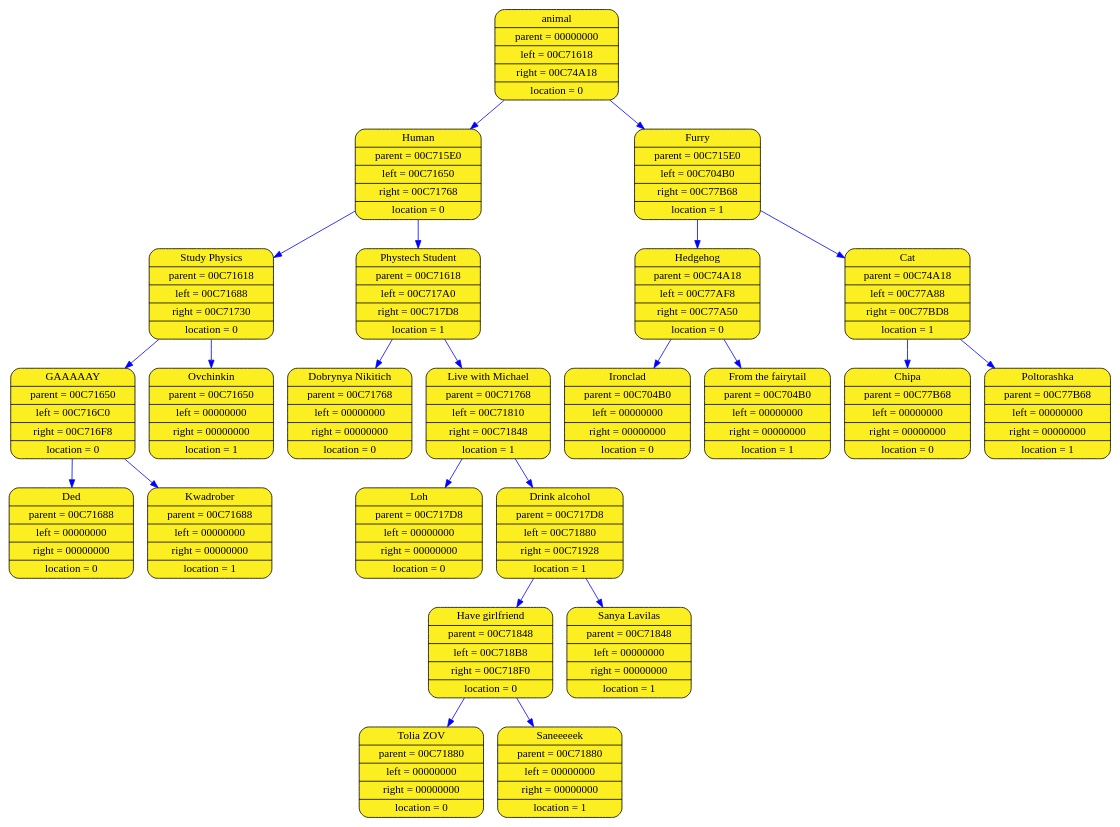
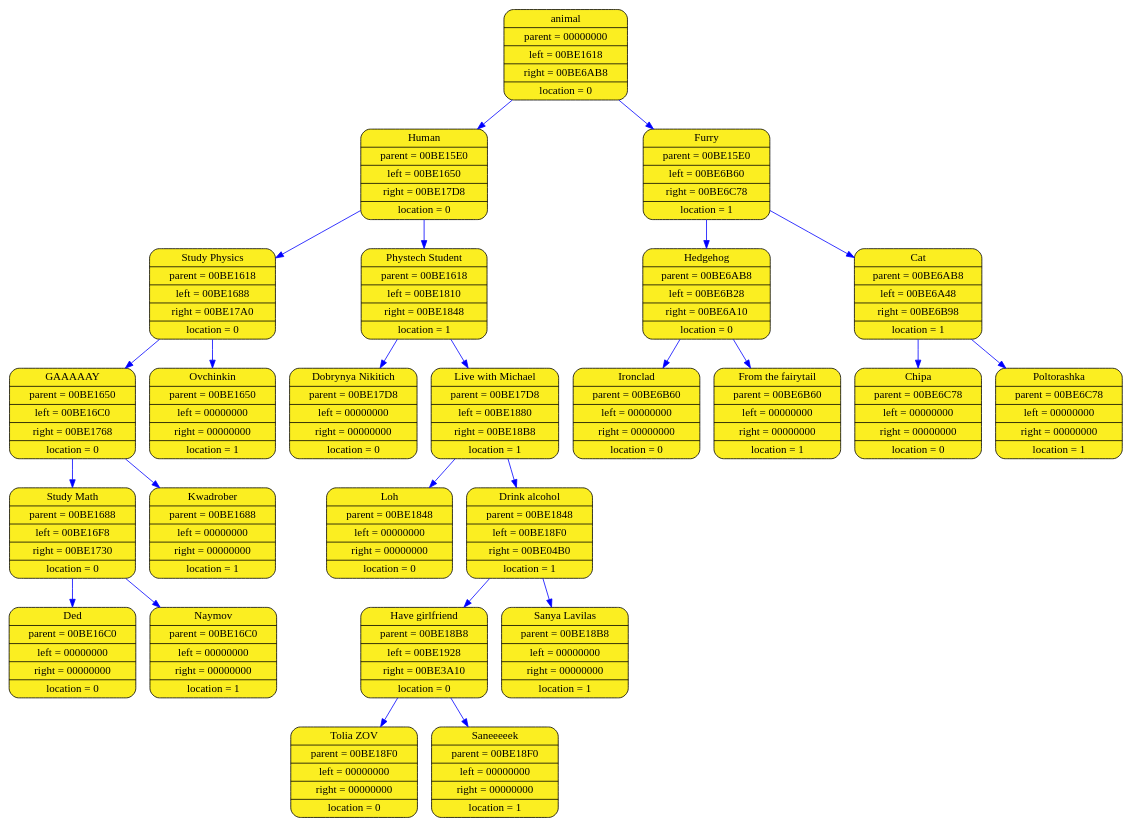
One commit to aywert/ACINATOR changed the diagram in log_folder_acinator/acinator_graph.dot. Above: the diagram before and after it, drawn with Graphviz. The commit also changed 3 other files, not shown here.

```diff
--- a/log_folder_acinator/acinator_graph.dot
+++ b/log_folder_acinator/acinator_graph.dot
@@ -1,49 +1,53 @@
 digraph list
 {
 rankdir=HR;
-	13047268 [shape = Mrecord; style = filled; fillcolor="#FBEE21"; color = "#000000"; fontcolor = "#000000"; label = "{ animal| parent = 00000000| left = 00C71618| right = 00C74A18| location = 0}"];
-	13047324 [shape = Mrecord; style = filled; fillcolor="#FBEE21"; color = "#000000"; fontcolor = "#000000"; label = "{ Human| parent = 00C715E0| left = 00C71650| right = 00C71768| location = 0}"];
-	13047268 -> 13047324 [color="blue"]
-	13047380 [shape = Mrecord; style = filled; fillcolor="#FBEE21"; color = "#000000"; fontcolor = "#000000"; label = "{ Study Physics| parent = 00C71618| left = 00C71688| right = 00C71730| location = 0}"];
-	13047324 -> 13047380 [color="blue"]
-	13047436 [shape = Mrecord; style = filled; fillcolor="#FBEE21"; color = "#000000"; fontcolor = "#000000"; label = "{ GAAAAAY| parent = 00C71650| left = 00C716C0| right = 00C716F8| location = 0}"];
-	13047380 -> 13047436 [color="blue"]
-	13047492 [shape = Mrecord; style = filled; fillcolor="#FBEE21"; color = "#000000"; fontcolor = "#000000"; label = "{ Ded| parent = 00C71688| left = 00000000| right = 00000000| location = 0}"];
-	13047436 -> 13047492 [color="blue"]
-	13047548 [shape = Mrecord; style = filled; fillcolor="#FBEE21"; color = "#000000"; fontcolor = "#000000"; label = "{ Kwadrober| parent = 00C71688| left = 00000000| right = 00000000| location = 1}"];
-	13047436 -> 13047548 [color="blue"]
-	13047604 [shape = Mrecord; style = filled; fillcolor="#FBEE21"; color = "#000000"; fontcolor = "#000000"; label = "{ Ovchinkin| parent = 00C71650| left = 00000000| right = 00000000| location = 1}"];
-	13047380 -> 13047604 [color="blue"]
-	13047660 [shape = Mrecord; style = filled; fillcolor="#FBEE21"; color = "#000000"; fontcolor = "#000000"; label = "{ Phystech Student| parent = 00C71618| left = 00C717A0| right = 00C717D8| location = 1}"];
-	13047324 -> 13047660 [color="blue"]
-	13047716 [shape = Mrecord; style = filled; fillcolor="#FBEE21"; color = "#000000"; fontcolor = "#000000"; label = "{ Dobrynya Nikitich| parent = 00C71768| left = 00000000| right = 00000000| location = 0}"];
-	13047660 -> 13047716 [color="blue"]
-	13047772 [shape = Mrecord; style = filled; fillcolor="#FBEE21"; color = "#000000"; fontcolor = "#000000"; label = "{ Live with Michael| parent = 00C71768| left = 00C71810| right = 00C71848| location = 1}"];
-	13047660 -> 13047772 [color="blue"]
-	13047828 [shape = Mrecord; style = filled; fillcolor="#FBEE21"; color = "#000000"; fontcolor = "#000000"; label = "{ Loh| parent = 00C717D8| left = 00000000| right = 00000000| location = 0}"];
-	13047772 -> 13047828 [color="blue"]
-	13047884 [shape = Mrecord; style = filled; fillcolor="#FBEE21"; color = "#000000"; fontcolor = "#000000"; label = "{ Drink alcohol| parent = 00C717D8| left = 00C71880| right = 00C71928| location = 1}"];
-	13047772 -> 13047884 [color="blue"]
-	13047940 [shape = Mrecord; style = filled; fillcolor="#FBEE21"; color = "#000000"; fontcolor = "#000000"; label = "{ Have girlfriend| parent = 00C71848| left = 00C718B8| right = 00C718F0| location = 0}"];
-	13047884 -> 13047940 [color="blue"]
-	13047996 [shape = Mrecord; style = filled; fillcolor="#FBEE21"; color = "#000000"; fontcolor = "#000000"; label = "{ Tolia ZOV| parent = 00C71880| left = 00000000| right = 00000000| location = 0}"];
-	13047940 -> 13047996 [color="blue"]
-	13048052 [shape = Mrecord; style = filled; fillcolor="#FBEE21"; color = "#000000"; fontcolor = "#000000"; label = "{ Saneeeeek| parent = 00C71880| left = 00000000| right = 00000000| location = 1}"];
-	13047940 -> 13048052 [color="blue"]
-	13048108 [shape = Mrecord; style = filled; fillcolor="#FBEE21"; color = "#000000"; fontcolor = "#000000"; label = "{ Sanya Lavilas| parent = 00C71848| left = 00000000| right = 00000000| location = 1}"];
-	13047884 -> 13048108 [color="blue"]
-	13060636 [shape = Mrecord; style = filled; fillcolor="#FBEE21"; color = "#000000"; fontcolor = "#000000"; label = "{ Furry| parent = 00C715E0| left = 00C704B0| right = 00C77B68| location = 1}"];
-	13047268 -> 13060636 [color="blue"]
-	13042868 [shape = Mrecord; style = filled; fillcolor="#FBEE21"; color = "#000000"; fontcolor = "#000000"; label = "{ Hedgehog| parent = 00C74A18| left = 00C77AF8| right = 00C77A50| location = 0}"];
-	13060636 -> 13042868 [color="blue"]
-	13073148 [shape = Mrecord; style = filled; fillcolor="#FBEE21"; color = "#000000"; fontcolor = "#000000"; label = "{ Ironclad| parent = 00C704B0| left = 00000000| right = 00000000| location = 0}"];
-	13042868 -> 13073148 [color="blue"]
-	13072980 [shape = Mrecord; style = filled; fillcolor="#FBEE21"; color = "#000000"; fontcolor = "#000000"; label = "{ From the fairytail| parent = 00C704B0| left = 00000000| right = 00000000| location = 1}"];
-	13042868 -> 13072980 [color="blue"]
-	13073260 [shape = Mrecord; style = filled; fillcolor="#FBEE21"; color = "#000000"; fontcolor = "#000000"; label = "{ Cat| parent = 00C74A18| left = 00C77A88| right = 00C77BD8| location = 1}"];
-	13060636 -> 13073260 [color="blue"]
-	13073036 [shape = Mrecord; style = filled; fillcolor="#FBEE21"; color = "#000000"; fontcolor = "#000000"; label = "{ Chipa| parent = 00C77B68| left = 00000000| right = 00000000| location = 0}"];
-	13073260 -> 13073036 [color="blue"]
-	13073372 [shape = Mrecord; style = filled; fillcolor="#FBEE21"; color = "#000000"; fontcolor = "#000000"; label = "{ Poltorashka| parent = 00C77B68| left = 00000000| right = 00000000| location = 1}"];
-	13073260 -> 13073372 [color="blue"]
+	12457444 [shape = Mrecord; style = filled; fillcolor="#FBEE21"; color = "#000000"; fontcolor = "#000000"; label = "{ animal| parent = 00000000| left = 00BE1618| right = 00BE6AB8| location = 0}"];
+	12457500 [shape = Mrecord; style = filled; fillcolor="#FBEE21"; color = "#000000"; fontcolor = "#000000"; label = "{ Human| parent = 00BE15E0| left = 00BE1650| right = 00BE17D8| location = 0}"];
+	12457444 -> 12457500 [color="blue"]
+	12457556 [shape = Mrecord; style = filled; fillcolor="#FBEE21"; color = "#000000"; fontcolor = "#000000"; label = "{ Study Physics| parent = 00BE1618| left = 00BE1688| right = 00BE17A0| location = 0}"];
+	12457500 -> 12457556 [color="blue"]
+	12457612 [shape = Mrecord; style = filled; fillcolor="#FBEE21"; color = "#000000"; fontcolor = "#000000"; label = "{ GAAAAAY| parent = 00BE1650| left = 00BE16C0| right = 00BE1768| location = 0}"];
+	12457556 -> 12457612 [color="blue"]
+	12457668 [shape = Mrecord; style = filled; fillcolor="#FBEE21"; color = "#000000"; fontcolor = "#000000"; label = "{ Study Math| parent = 00BE1688| left = 00BE16F8| right = 00BE1730| location = 0}"];
+	12457612 -> 12457668 [color="blue"]
+	12457724 [shape = Mrecord; style = filled; fillcolor="#FBEE21"; color = "#000000"; fontcolor = "#000000"; label = "{ Ded| parent = 00BE16C0| left = 00000000| right = 00000000| location = 0}"];
+	12457668 -> 12457724 [color="blue"]
+	12457780 [shape = Mrecord; style = filled; fillcolor="#FBEE21"; color = "#000000"; fontcolor = "#000000"; label = "{ Naymov| parent = 00BE16C0| left = 00000000| right = 00000000| location = 1}"];
+	12457668 -> 12457780 [color="blue"]
+	12457836 [shape = Mrecord; style = filled; fillcolor="#FBEE21"; color = "#000000"; fontcolor = "#000000"; label = "{ Kwadrober| parent = 00BE1688| left = 00000000| right = 00000000| location = 1}"];
+	12457612 -> 12457836 [color="blue"]
+	12457892 [shape = Mrecord; style = filled; fillcolor="#FBEE21"; color = "#000000"; fontcolor = "#000000"; label = "{ Ovchinkin| parent = 00BE1650| left = 00000000| right = 00000000| location = 1}"];
+	12457556 -> 12457892 [color="blue"]
+	12457948 [shape = Mrecord; style = filled; fillcolor="#FBEE21"; color = "#000000"; fontcolor = "#000000"; label = "{ Phystech Student| parent = 00BE1618| left = 00BE1810| right = 00BE1848| location = 1}"];
+	12457500 -> 12457948 [color="blue"]
+	12458004 [shape = Mrecord; style = filled; fillcolor="#FBEE21"; color = "#000000"; fontcolor = "#000000"; label = "{ Dobrynya Nikitich| parent = 00BE17D8| left = 00000000| right = 00000000| location = 0}"];
+	12457948 -> 12458004 [color="blue"]
+	12458060 [shape = Mrecord; style = filled; fillcolor="#FBEE21"; color = "#000000"; fontcolor = "#000000"; label = "{ Live with Michael| parent = 00BE17D8| left = 00BE1880| right = 00BE18B8| location = 1}"];
+	12457948 -> 12458060 [color="blue"]
+	12458116 [shape = Mrecord; style = filled; fillcolor="#FBEE21"; color = "#000000"; fontcolor = "#000000"; label = "{ Loh| parent = 00BE1848| left = 00000000| right = 00000000| location = 0}"];
+	12458060 -> 12458116 [color="blue"]
+	12458172 [shape = Mrecord; style = filled; fillcolor="#FBEE21"; color = "#000000"; fontcolor = "#000000"; label = "{ Drink alcohol| parent = 00BE1848| left = 00BE18F0| right = 00BE04B0| location = 1}"];
+	12458060 -> 12458172 [color="blue"]
+	12458228 [shape = Mrecord; style = filled; fillcolor="#FBEE21"; color = "#000000"; fontcolor = "#000000"; label = "{ Have girlfriend| parent = 00BE18B8| left = 00BE1928| right = 00BE3A10| location = 0}"];
+	12458172 -> 12458228 [color="blue"]
+	12458284 [shape = Mrecord; style = filled; fillcolor="#FBEE21"; color = "#000000"; fontcolor = "#000000"; label = "{ Tolia ZOV| parent = 00BE18F0| left = 00000000| right = 00000000| location = 0}"];
+	12458228 -> 12458284 [color="blue"]
+	12466708 [shape = Mrecord; style = filled; fillcolor="#FBEE21"; color = "#000000"; fontcolor = "#000000"; label = "{ Saneeeeek| parent = 00BE18F0| left = 00000000| right = 00000000| location = 1}"];
+	12458228 -> 12466708 [color="blue"]
+	12453044 [shape = Mrecord; style = filled; fillcolor="#FBEE21"; color = "#000000"; fontcolor = "#000000"; label = "{ Sanya Lavilas| parent = 00BE18B8| left = 00000000| right = 00000000| location = 1}"];
+	12458172 -> 12453044 [color="blue"]
+	12479164 [shape = Mrecord; style = filled; fillcolor="#FBEE21"; color = "#000000"; fontcolor = "#000000"; label = "{ Furry| parent = 00BE15E0| left = 00BE6B60| right = 00BE6C78| location = 1}"];
+	12457444 -> 12479164 [color="blue"]
+	12479332 [shape = Mrecord; style = filled; fillcolor="#FBEE21"; color = "#000000"; fontcolor = "#000000"; label = "{ Hedgehog| parent = 00BE6AB8| left = 00BE6B28| right = 00BE6A10| location = 0}"];
+	12479164 -> 12479332 [color="blue"]
+	12479276 [shape = Mrecord; style = filled; fillcolor="#FBEE21"; color = "#000000"; fontcolor = "#000000"; label = "{ Ironclad| parent = 00BE6B60| left = 00000000| right = 00000000| location = 0}"];
+	12479332 -> 12479276 [color="blue"]
+	12478996 [shape = Mrecord; style = filled; fillcolor="#FBEE21"; color = "#000000"; fontcolor = "#000000"; label = "{ From the fairytail| parent = 00BE6B60| left = 00000000| right = 00000000| location = 1}"];
+	12479332 -> 12478996 [color="blue"]
+	12479612 [shape = Mrecord; style = filled; fillcolor="#FBEE21"; color = "#000000"; fontcolor = "#000000"; label = "{ Cat| parent = 00BE6AB8| left = 00BE6A48| right = 00BE6B98| location = 1}"];
+	12479164 -> 12479612 [color="blue"]
+	12479052 [shape = Mrecord; style = filled; fillcolor="#FBEE21"; color = "#000000"; fontcolor = "#000000"; label = "{ Chipa| parent = 00BE6C78| left = 00000000| right = 00000000| location = 0}"];
+	12479612 -> 12479052 [color="blue"]
+	12479388 [shape = Mrecord; style = filled; fillcolor="#FBEE21"; color = "#000000"; fontcolor = "#000000"; label = "{ Poltorashka| parent = 00BE6C78| left = 00000000| right = 00000000| location = 1}"];
+	12479612 -> 12479388 [color="blue"]
 	}
```
